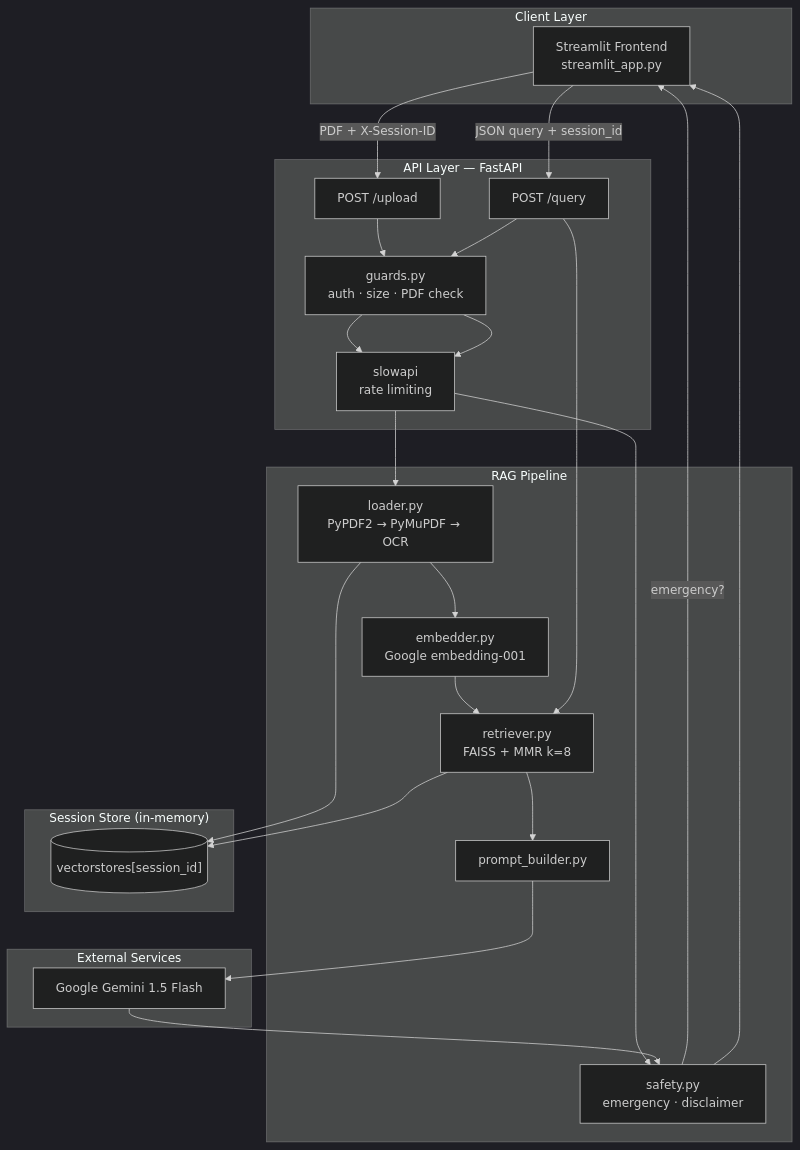
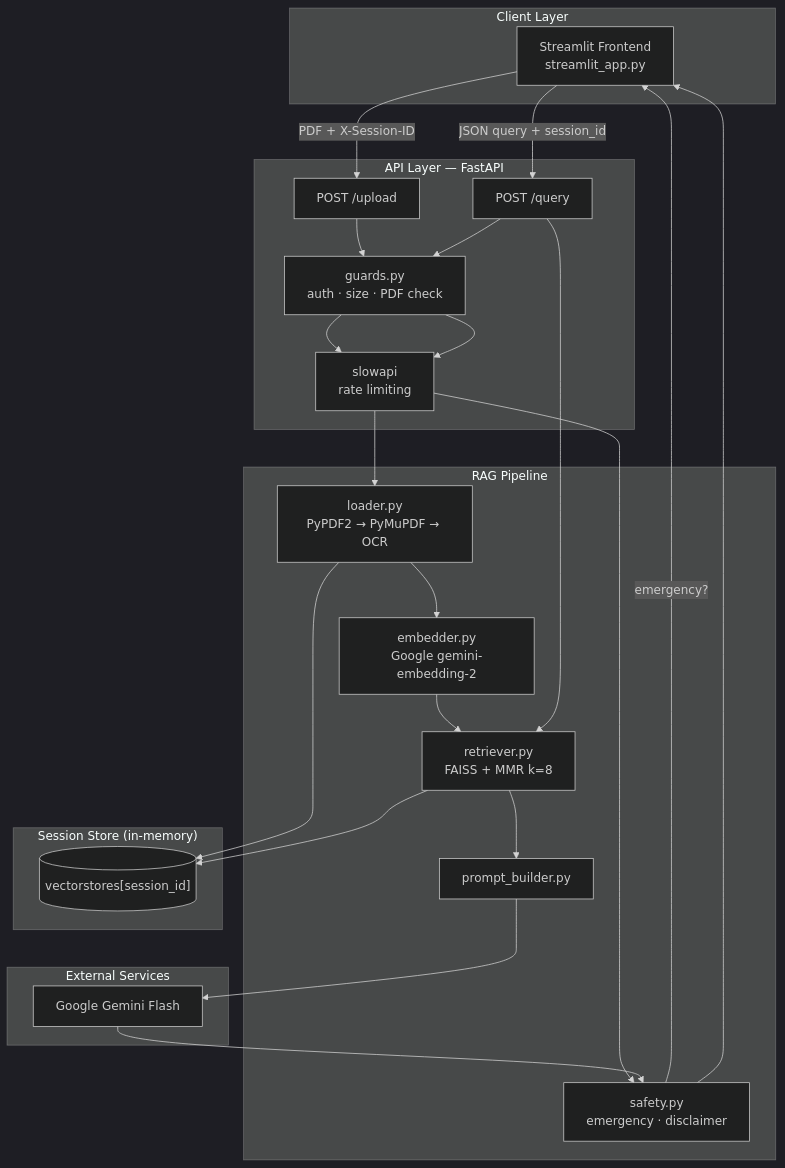
Before and after one commit to Ujjwal0207/MediSage: the first of 3 diagrams in README.md, drawn with Mermaid (dark theme). The commit also changed other lines of this file, not shown here.

````diff
--- a/README.md
+++ b/README.md
@@ -63,38 +63,38 @@
 ```mermaid
 flowchart TB
     subgraph Client["Client Layer"]
         UI["Streamlit Frontend<br/>streamlit_app.py"]
     end
 
     subgraph API["API Layer — FastAPI"]
         UP["POST /upload"]
         Q["POST /query"]
         G["guards.py<br/>auth · size · PDF check"]
         RL["slowapi<br/>rate limiting"]
     end
 
     subgraph RAG["RAG Pipeline"]
         L["loader.py<br/>PyPDF2 → PyMuPDF → OCR"]
-        E["embedder.py<br/>Google embedding-001"]
+        E["embedder.py<br/>Google gemini-embedding-2"]
         R["retriever.py<br/>FAISS + MMR k=8"]
         P["prompt_builder.py"]
         S["safety.py<br/>emergency · disclaimer"]
     end
 
     subgraph External["External Services"]
-        GEM["Google Gemini 1.5 Flash"]
+        GEM["Google Gemini Flash"]
     end
 
     subgraph Store["Session Store (in-memory)"]
         VS[("vectorstores[session_id]")]
     end
 
     UI -->|"PDF + X-Session-ID"| UP
     UI -->|"JSON query + session_id"| Q
     UP --> G --> RL --> L --> E --> R
     L --> VS
     Q --> G --> RL --> S
     S -->|"emergency?"| UI
     Q --> R --> VS
     R --> P --> GEM --> S --> UI
 ```
````
